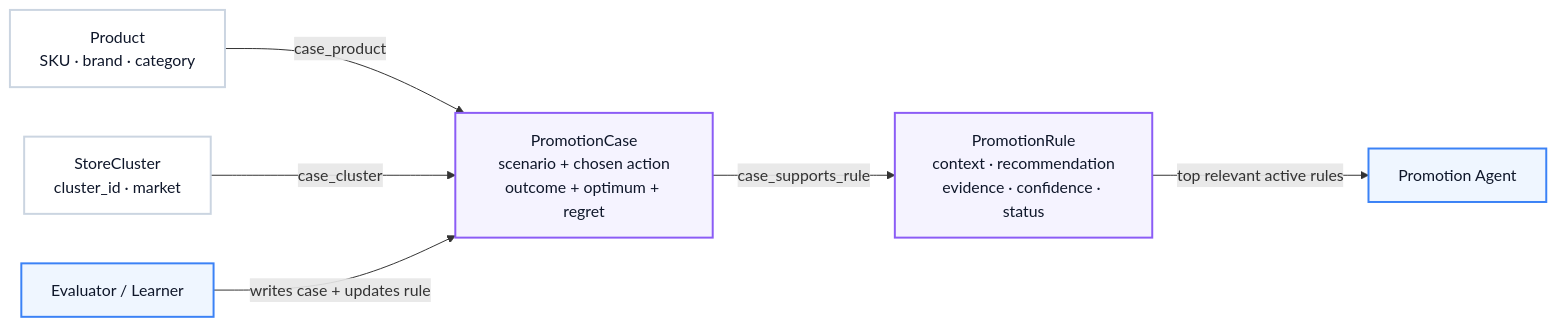
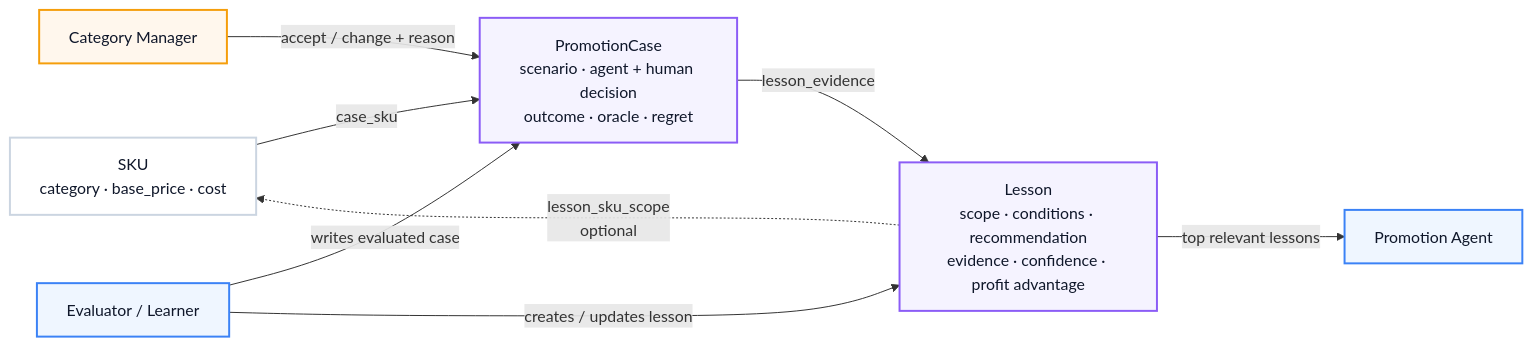
One commit to podlodka-ai-club/snowball changed the diagram in docs/xmemory/schema.mmd. Above: the diagram before and after it, drawn with Mermaid.

Commit message:
Update xmemory diagram for three-entity schema

```diff
--- a/docs/xmemory/schema.mmd
+++ b/docs/xmemory/schema.mmd
@@ -1,20 +1,23 @@
 flowchart LR
-    P["Product\nSKU · brand · category"]
-    C["StoreCluster\ncluster_id · market"]
-    PC["PromotionCase\nscenario + chosen action\noutcome + optimum + regret"]
-    R["PromotionRule\ncontext · recommendation\nevidence · confidence · status"]
+    S["SKU\ncategory · base_price · cost"]
+    C["PromotionCase\nscenario · agent + human decision\noutcome · oracle · regret"]
+    L["Lesson\nscope · conditions · recommendation\nevidence · confidence · profit advantage"]
 
-    P -->|case_product| PC
-    C -->|case_cluster| PC
-    PC -->|case_supports_rule| R
+    S -->|case_sku| C
+    C -->|lesson_evidence| L
+    L -.->|lesson_sku_scope\noptional| S
 
-    E["Evaluator / Learner"] -->|writes case + updates rule| PC
-    R -->|top relevant active rules| A["Promotion Agent"]
+    H["Category Manager"] -->|accept / change + reason| C
+    E["Evaluator / Learner"] -->|writes evaluated case| C
+    E -->|creates / updates lesson| L
+    L -->|top relevant lessons| A["Promotion Agent"]
 
     classDef entity fill:#ffffff,stroke:#cbd5e1,stroke-width:2px,color:#0f172a;
     classDef memory fill:#f5f3ff,stroke:#8b5cf6,stroke-width:2px,color:#0f172a;
     classDef actor fill:#eff6ff,stroke:#3b82f6,stroke-width:2px,color:#0f172a;
+    classDef human fill:#fff7ed,stroke:#f59e0b,stroke-width:2px,color:#0f172a;
 
-    class P,C entity;
-    class PC,R memory;
+    class S entity;
+    class C,L memory;
     class E,A actor;
+    class H human;
```
